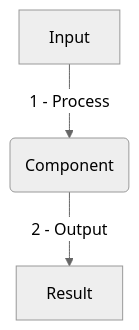
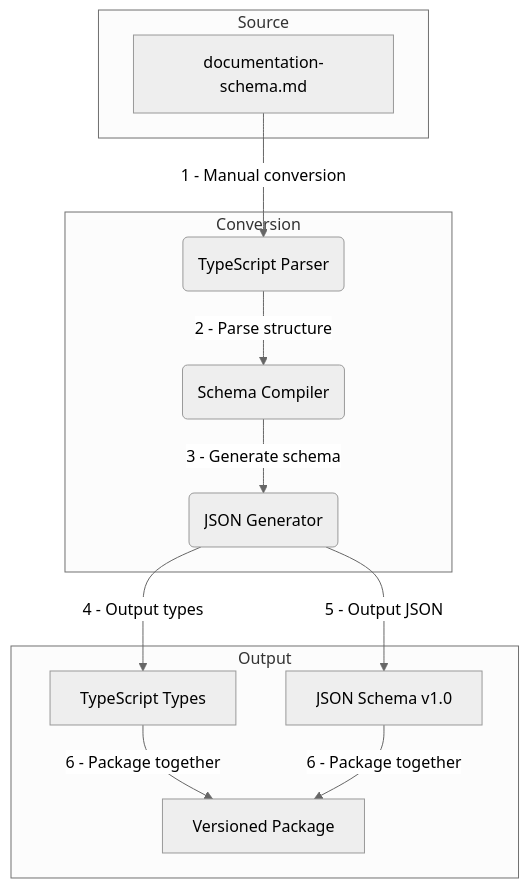
The fifth of 6 diagrams in docs/m2-ddd-spec/m2-e1-schema-spec/m2-e1-schema-spec.epic.md (livelifelively/documentation-driven-development-tools), drawn with Mermaid (neutral theme) before and after one commit. The commit also changed other lines of this file and 5 other files, not shown here.

````diff
--- a/docs/m2-ddd-spec/m2-e1-schema-spec/m2-e1-schema-spec.epic.md
+++ b/docs/m2-ddd-spec/m2-e1-schema-spec/m2-e1-schema-spec.epic.md
@@ -134,5 +215,26 @@
 ```mermaid
 graph TD
-    A[Input] -->|"1 - Process"| B(Component)
-    B -->|"2 - Output"| C[Result]
+    subgraph "Source"
+        A[documentation-schema.md]
+    end
+
+    subgraph "Conversion"
+        B(TypeScript Parser)
+        C(Schema Compiler)
+        D(JSON Generator)
+    end
+
+    subgraph "Output"
+        E[TypeScript Types]
+        F[JSON Schema v1.0]
+        G[Versioned Package]
+    end
+
+    A -->|"1 - Manual conversion"| B
+    B -->|"2 - Parse structure"| C
+    C -->|"3 - Generate schema"| D
+    D -->|"4 - Output types"| E
+    D -->|"5 - Output JSON"| F
+    E -->|"6 - Package together"| G
+    F -->|"6 - Package together"| G
 ```
````
